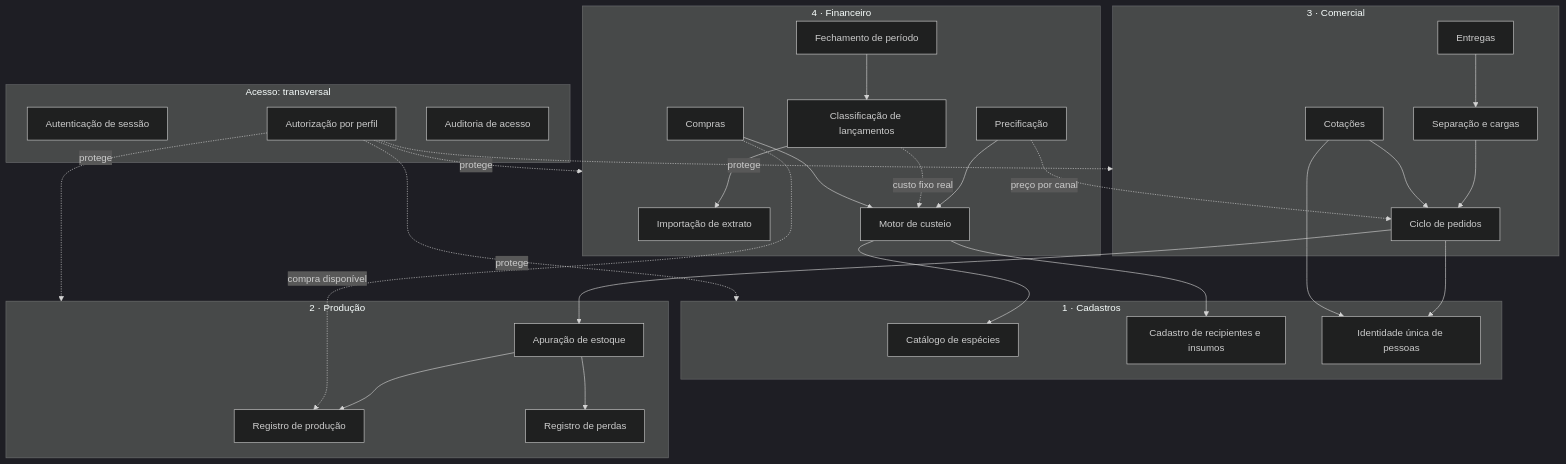
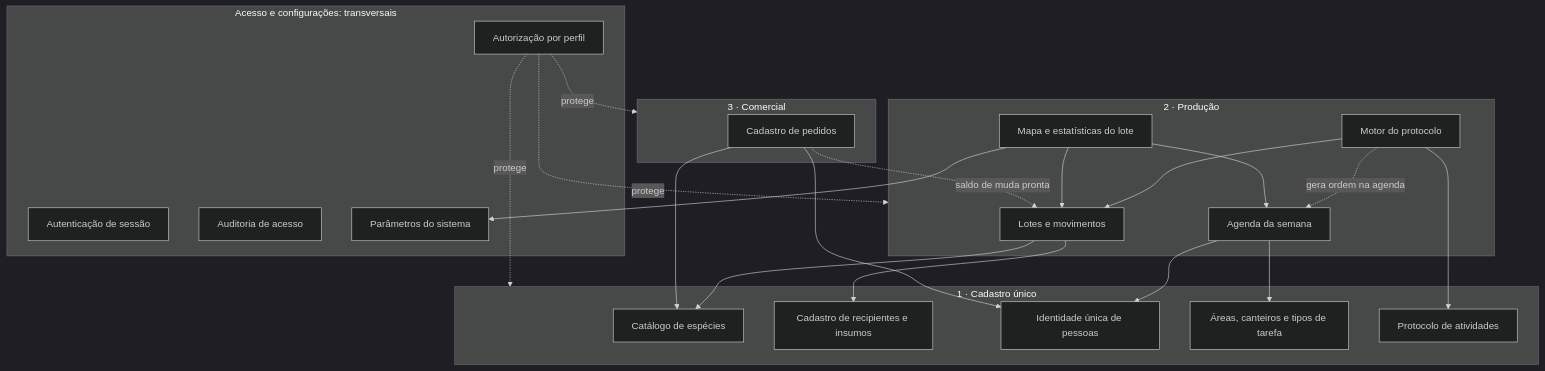
The third of 3 diagrams in docs/engenharia/D-arquitetura/D1-arquitetura-c4.md (JoaoMudar/tcc), drawn with Mermaid (dark theme) before and after one commit. The commit also changed other lines of this file and 3 other files, not shown here.

````diff
--- a/docs/engenharia/D-arquitetura/D1-arquitetura-c4.md
+++ b/docs/engenharia/D-arquitetura/D1-arquitetura-c4.md
@@ -122,59 +121,46 @@
 ```mermaid
 graph TB
-  subgraph acesso["Acesso: transversal"]
+  subgraph acesso["Acesso e configurações: transversais"]
     A1["Autenticação de sessão"]
     A2["Autorização por perfil"]
     A3["Auditoria de acesso"]
+    A4["Parâmetros do sistema"]
   end
 
-  subgraph cadastros["1 · Cadastros"]
+  subgraph cadastros["1 · Cadastro único"]
     N1["Catálogo de espécies"]
     N2["Cadastro de recipientes e insumos"]
     N3["Identidade única de pessoas"]
+    N4["Áreas, canteiros e tipos de tarefa"]
+    N5["Protocolo de atividades"]
   end
 
   subgraph producao["2 · Produção"]
-    O1["Registro de produção"]
-    O2["Registro de perdas"]
-    O3["Apuração de estoque"]
+    O1["Agenda da semana"]
+    O2["Lotes e movimentos"]
+    O3["Motor do protocolo"]
+    O4["Mapa e estatísticas do lote"]
   end
 
   subgraph comercial["3 · Comercial"]
-    C2["Ciclo de pedidos"]
-    C3["Separação e cargas"]
-    C5["Entregas"]
-    F2["Cotações"]
+    C2["Cadastro de pedidos"]
   end
 
-  subgraph fin["4 · Financeiro"]
-    FI1["Importação de extrato"]
-    FI2["Classificação de lançamentos"]
-    FI3["Fechamento de período"]
-    FI4["Compras"]
-    FI5["Motor de custeio"]
-    FI6["Precificação"]
-  end
-
-  FI5 --> N1
-  FI5 --> N2
-  FI6 --> FI5
+  O1 --> N4
+  O2 --> N1
+  O2 --> N2
+  O3 --> N5
+  O3 --> O2
+  O3 -.->|"gera ordem na agenda"| O1
+  O4 --> O2
+  O4 --> O1
+  O4 --> A4
+  O1 --> N3
   C2 --> N3
-  C2 --> O3
-  C3 --> C2
-  C5 --> C3
-  O3 --> O1
-  O3 --> O2
-  F2 --> N3
-  F2 --> C2
-  FI2 --> FI1
-  FI3 --> FI2
-  FI2 -.->|"custo fixo real"| FI5
-  FI4 -.->|"compra disponível"| O1
-  FI4 --> FI5
-  FI6 -.->|"preço por canal"| C2
+  C2 --> N1
+  C2 -.->|"saldo de muda pronta"| O2
 
   A2 -.->|"protege"| cadastros
   A2 -.->|"protege"| producao
   A2 -.->|"protege"| comercial
-  A2 -.->|"protege"| fin
 ```
````
